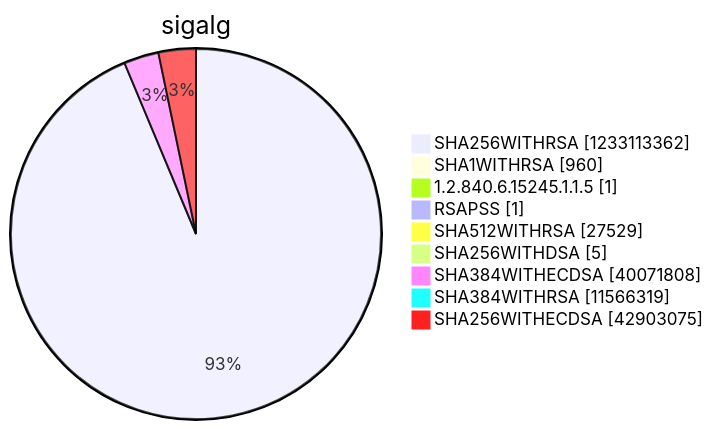
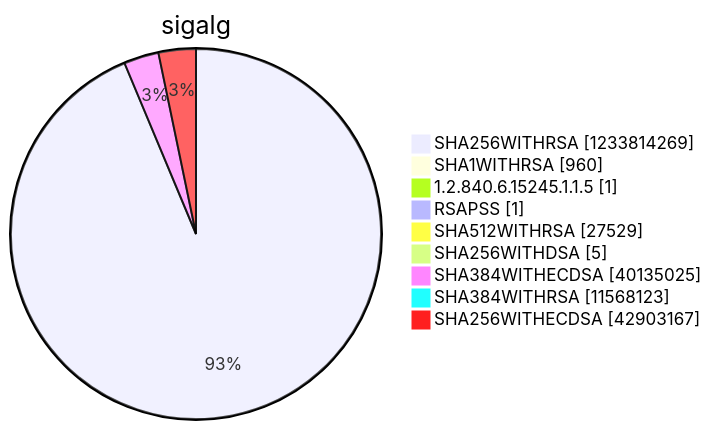
One commit to christiankrug/ctmonitor_visualization changed diagram 15 of 15 in argon2022/README.md. Above: the diagram before and after it, drawn with Mermaid. The commit also changed other lines of this file, not shown here.

````diff
--- a/argon2022/README.md
+++ b/argon2022/README.md
@@ -5522,13 +5522,13 @@
 ```mermaid
 pie showData
 title sigalg
-"SHA256WITHRSA" :1233113362
+"SHA256WITHRSA" :1233814269
 "SHA1WITHRSA" :960
 "1.2.840.6.15245.1.1.5" :1
 "RSAPSS" :1
 "SHA512WITHRSA" :27529
 "SHA256WITHDSA" :5
-"SHA384WITHECDSA" :40071808
-"SHA384WITHRSA" :11566319
-"SHA256WITHECDSA" :42903075
+"SHA384WITHECDSA" :40135025
+"SHA384WITHRSA" :11568123
+"SHA256WITHECDSA" :42903167
 ```
````
